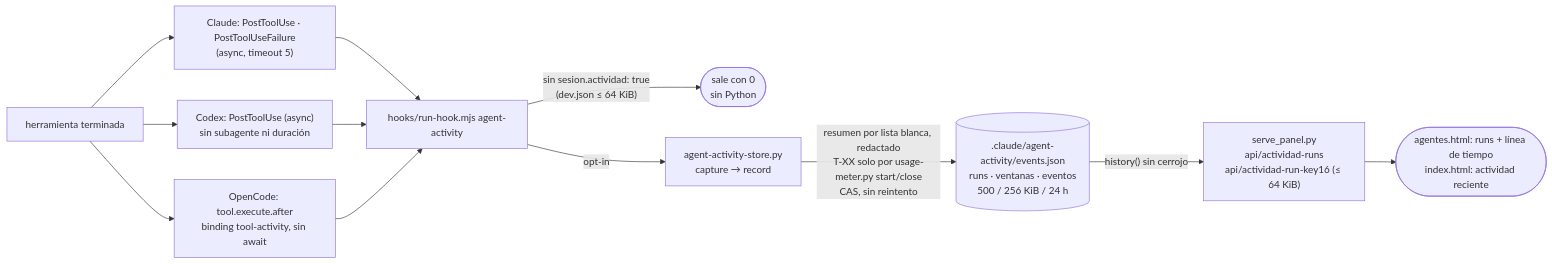
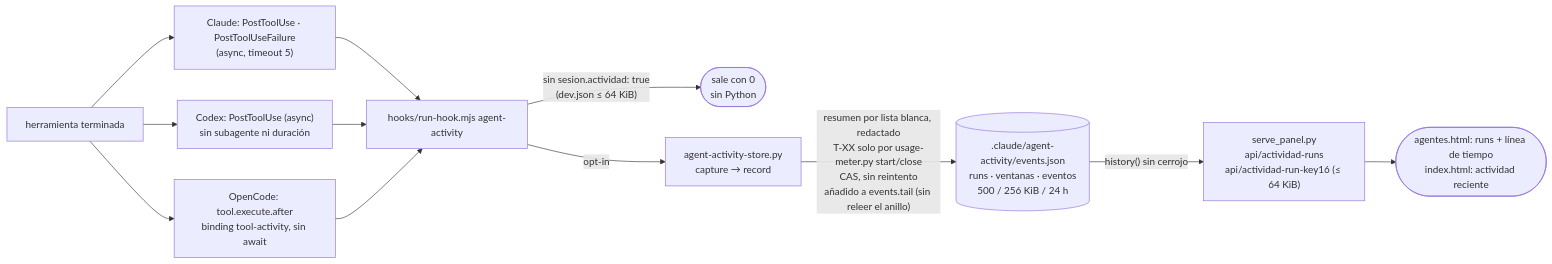
Before and after one commit to daycry/custom-agents: diagram 18 of 28 in docs/FLOWS.md, drawn with Mermaid. The commit also changed other lines of this file and 10 other files, not shown here.

First line of the commit message:
T-23 (plugin-audit-2): fix18 - GREEN: cola de eventos (D2), barrido del arbol de procesos fuera del job y con identidad al matar, sondas del instalador sin worker, escaner de la statusline acotado en pasos

````diff
--- a/docs/FLOWS.md
+++ b/docs/FLOWS.md
@@ -575,12 +575,12 @@
 ```mermaid
 flowchart LR
     T["herramienta terminada"] --> CC["Claude: PostToolUse · PostToolUseFailure<br/>(async, timeout 5)"]
     T --> CX["Codex: PostToolUse (async)<br/>sin subagente ni duración"]
     T --> OC["OpenCode: tool.execute.after<br/>binding tool-activity, sin await"]
     CC & CX & OC --> L["hooks/run-hook.mjs agent-activity"]
     L -->|"sin sesion.actividad: true<br/>(dev.json ≤ 64 KiB)"| X(["sale con 0<br/>sin Python"])
     L -->|"opt-in"| S["agent-activity-store.py<br/>capture → record"]
-    S -->|"resumen por lista blanca, redactado<br/>T-XX solo por usage-meter.py start/close<br/>CAS, sin reintento"| E[(".claude/agent-activity/events.json<br/>runs · ventanas · eventos<br/>500 / 256 KiB / 24 h")]
+    S -->|"resumen por lista blanca, redactado<br/>T-XX solo por usage-meter.py start/close<br/>CAS, sin reintento<br/>añadido a events.tail (sin releer el anillo)"| E[(".claude/agent-activity/events.json<br/>runs · ventanas · eventos<br/>500 / 256 KiB / 24 h")]
     E -->|"history() sin cerrojo"| A["serve_panel.py<br/>api/actividad-runs<br/>api/actividad-run-key16 (≤ 64 KiB)"]
     A --> P(["agentes.html: runs + línea de tiempo<br/>index.html: actividad reciente"])
 ```
````
